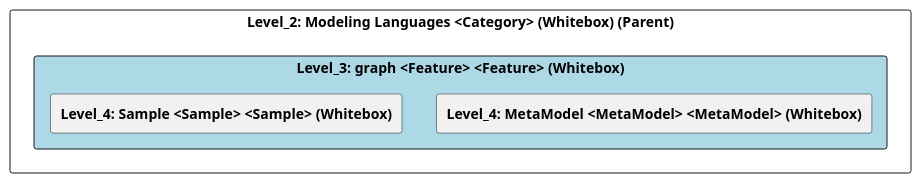
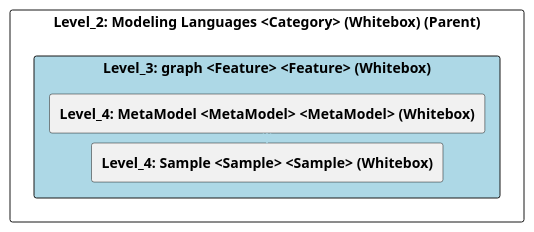
One commit to marcozwyssig/cleon changed the diagram in doc/cleonproject_deliverables_architecture_model_architecture/adoc/de/05_bausteinsicht/cleon/modeling_languages/graph/ebene_3_graph.adoc. Above: the diagram before and after it, drawn with PlantUML. The commit also changed other lines of this file and 187 other files, not shown here.

```diff
--- a/doc/cleonproject_deliverables_architecture_model_architecture/adoc/de/05_bausteinsicht/cleon/modeling_languages/graph/ebene_3_graph.adoc
+++ b/doc/cleonproject_deliverables_architecture_model_architecture/adoc/de/05_bausteinsicht/cleon/modeling_languages/graph/ebene_3_graph.adoc
@@ -20,25 +20,28 @@
 [plantuml, Level_3: graph <Feature> <Feature> (Whitebox)BlockOverview, format="svg"]
 ----
 @startuml Level_3: graph <Feature> <Feature> (Whitebox)BuildingBlockOverview
 
 skinparam ranksep 10
 skinparam componentStyle rectangle
 skinparam shadowing false
 skinparam arrowColor lightblue
 skinparam arrowThickness 1.2
 skinparam rectangle {
   BackgroundColor White
   BorderColor #333
   RoundCorner 10
 }
 top to bottom direction
 
 component "Level_2: Modeling Languages <Category> (Whitebox) (Parent)" {
     component "Level_3: graph <Feature> <Feature> (Whitebox)" #lightblue {
         [**Level_4: MetaModel <MetaModel> <MetaModel> (Whitebox)**] as 4A570567_D579_11EE_903E_9F564E4DE07E
         [**Level_4: Sample <Sample> <Sample> (Whitebox)**] as 4A56DE50_D579_11EE_903E_9F564E4DE07E
     }
+
+    4A570567_D579_11EE_903E_9F564E4DE07E -down-> 4A56DE50_D579_11EE_903E_9F564E4DE07E
+    
 }
 
 @enduml
 ----
```
